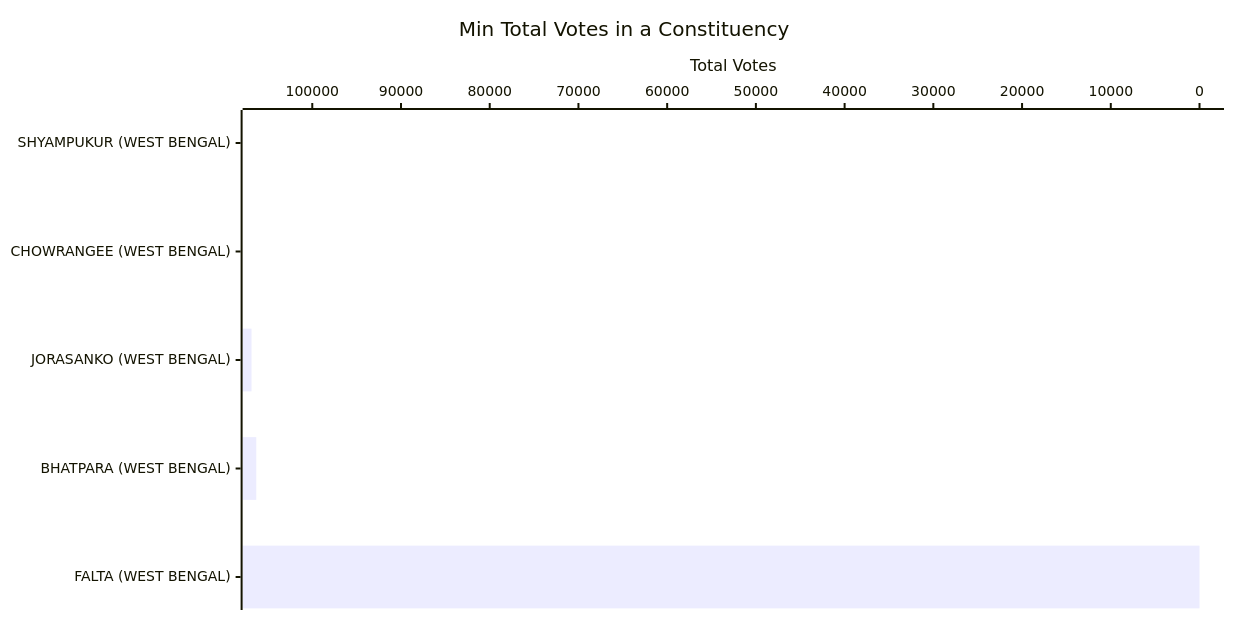
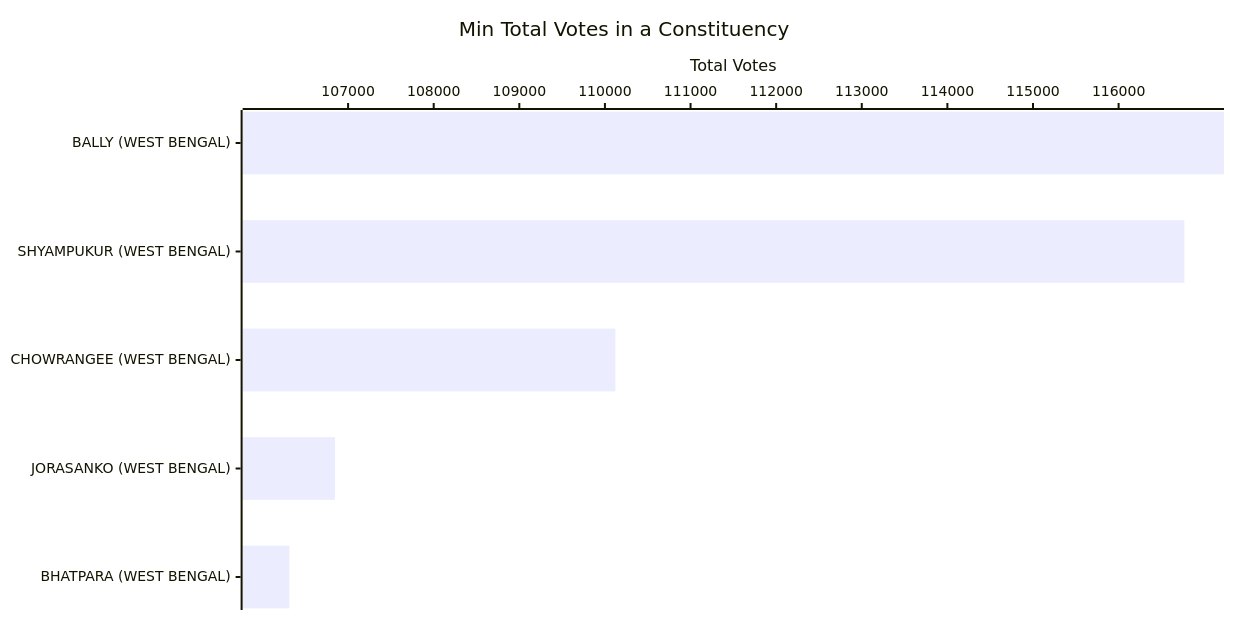
One commit to arjunswaj/elections changed the eighth of 23 diagrams in result/WEST BENGAL/West Bengal-GRAPH.md. Above: the diagram before and after it, drawn with Mermaid. The commit also changed other lines of this file and 64 other files, not shown here.

````diff
--- a/result/WEST BENGAL/West Bengal-GRAPH.md
+++ b/result/WEST BENGAL/West Bengal-GRAPH.md
@@ -197,17 +198,17 @@
 ```mermaid
 ---
 config:
   xyChart:
     width: 1200
     height: 600
     chartOrientation: horizontal
   dataLabels:
     enabled: true
     placement: end
 ---
 xychart-beta
 title "Min Total Votes in a Constituency"
-x-axis ["SHYAMPUKUR (WEST BENGAL)", "CHOWRANGEE (WEST BENGAL)", "JORASANKO (WEST BENGAL)", "BHATPARA (WEST BENGAL)", "FALTA (WEST BENGAL)"]
-y-axis "Total Votes" 105091 --> 0
-bar [116768, 110122, 106847, 106314, 0]
+x-axis ["BALLY (WEST BENGAL)", "SHYAMPUKUR (WEST BENGAL)", "CHOWRANGEE (WEST BENGAL)", "JORASANKO (WEST BENGAL)", "BHATPARA (WEST BENGAL)"]
+y-axis "Total Votes" 106054 --> 116945
+bar [117838, 116768, 110122, 106847, 106314]
 ```
````
